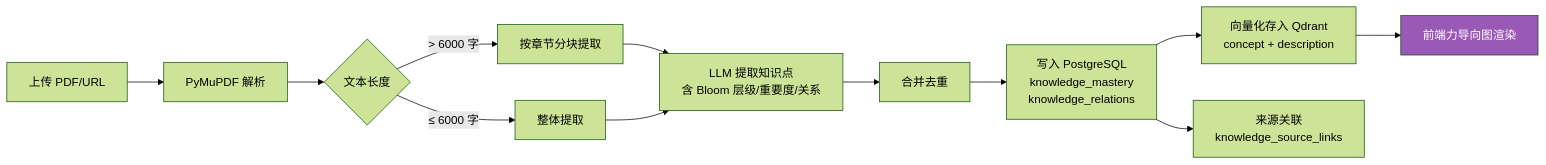
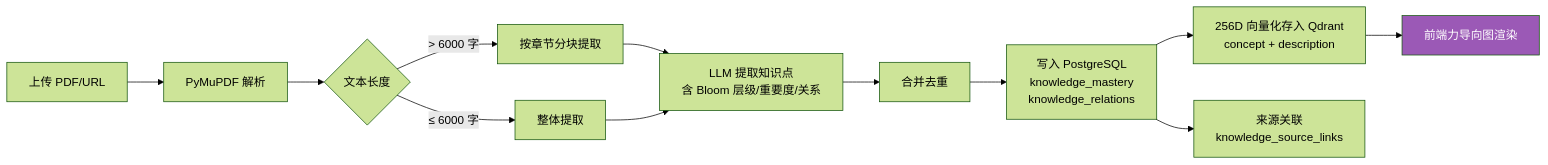
Before and after one commit to nothasson/MindFlow: the seventh of 10 diagrams in README.md, drawn with Mermaid (forest theme). The commit also changed other lines of this file, not shown here.

````diff
--- a/README.md
+++ b/README.md
@@ -326,16 +377,16 @@
 ```mermaid
 flowchart LR
     A[上传 PDF/URL] --> B[PyMuPDF 解析]
     B --> C{文本长度}
     C -->|> 6000 字| D[按章节分块提取]
     C -->|≤ 6000 字| E[整体提取]
     D --> F[LLM 提取知识点<br/>含 Bloom 层级/重要度/关系]
     E --> F
     F --> G[合并去重]
     G --> H[写入 PostgreSQL<br/>knowledge_mastery<br/>knowledge_relations]
-    H --> I[向量化存入 Qdrant<br/>concept + description]
+    H --> I[256D 向量化存入 Qdrant<br/>concept + description]
     I --> J[前端力导向图渲染]
     H --> K[来源关联<br/>knowledge_source_links]
 
     style J fill:#9B59B6,color:#fff
 ```
````
